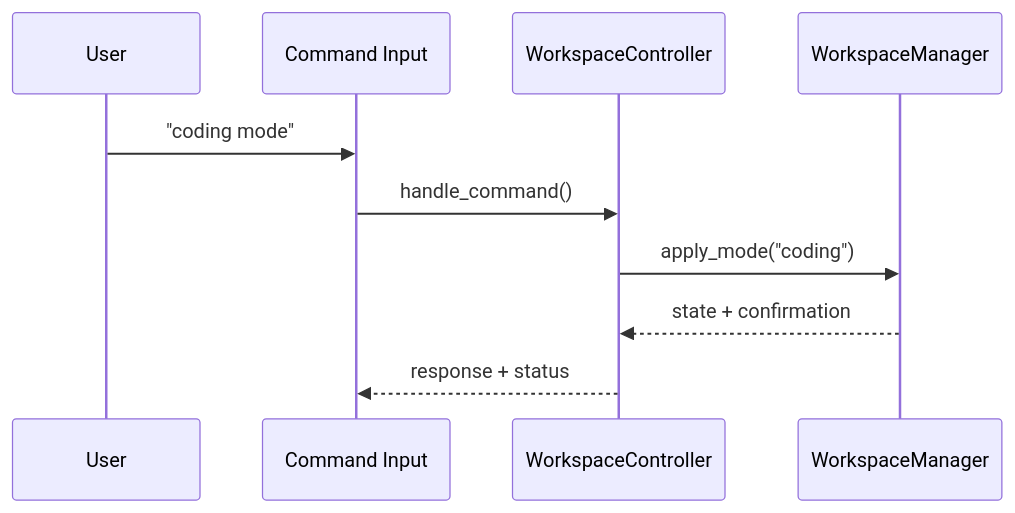
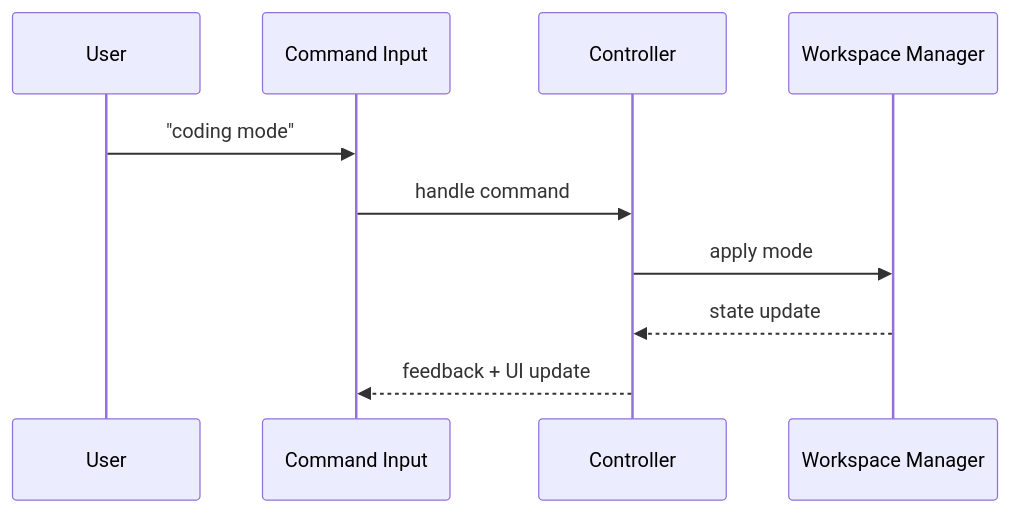
One commit to brundag22/etherea-adaptive-os changed the second of 3 diagrams in README.md. Above: the diagram before and after it, drawn with Mermaid. The commit also changed other lines of this file, not shown here.

````diff
--- a/README.md
+++ b/README.md
@@ -154,13 +123,13 @@
 ```mermaid
 sequenceDiagram
   participant U as User
-  participant CP as Command Input
-  participant WC as WorkspaceController
-  participant WM as WorkspaceManager
+  participant I as Command Input
+  participant C as Controller
+  participant W as Workspace Manager
 
-  U->>CP: "coding mode"
-  CP->>WC: handle_command()
-  WC->>WM: apply_mode("coding")
-  WM-->>WC: state + confirmation
-  WC-->>CP: response + status
+  U->>I: "coding mode"
+  I->>C: handle command
+  C->>W: apply mode
+  W-->>C: state update
+  C-->>I: feedback + UI update
 ```
````
